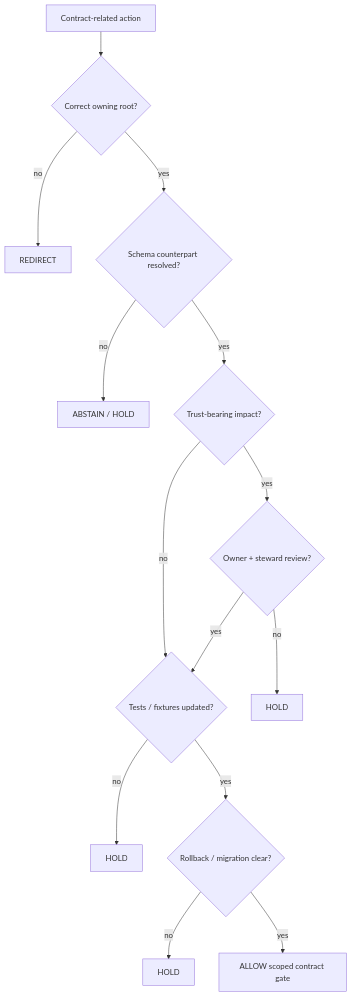
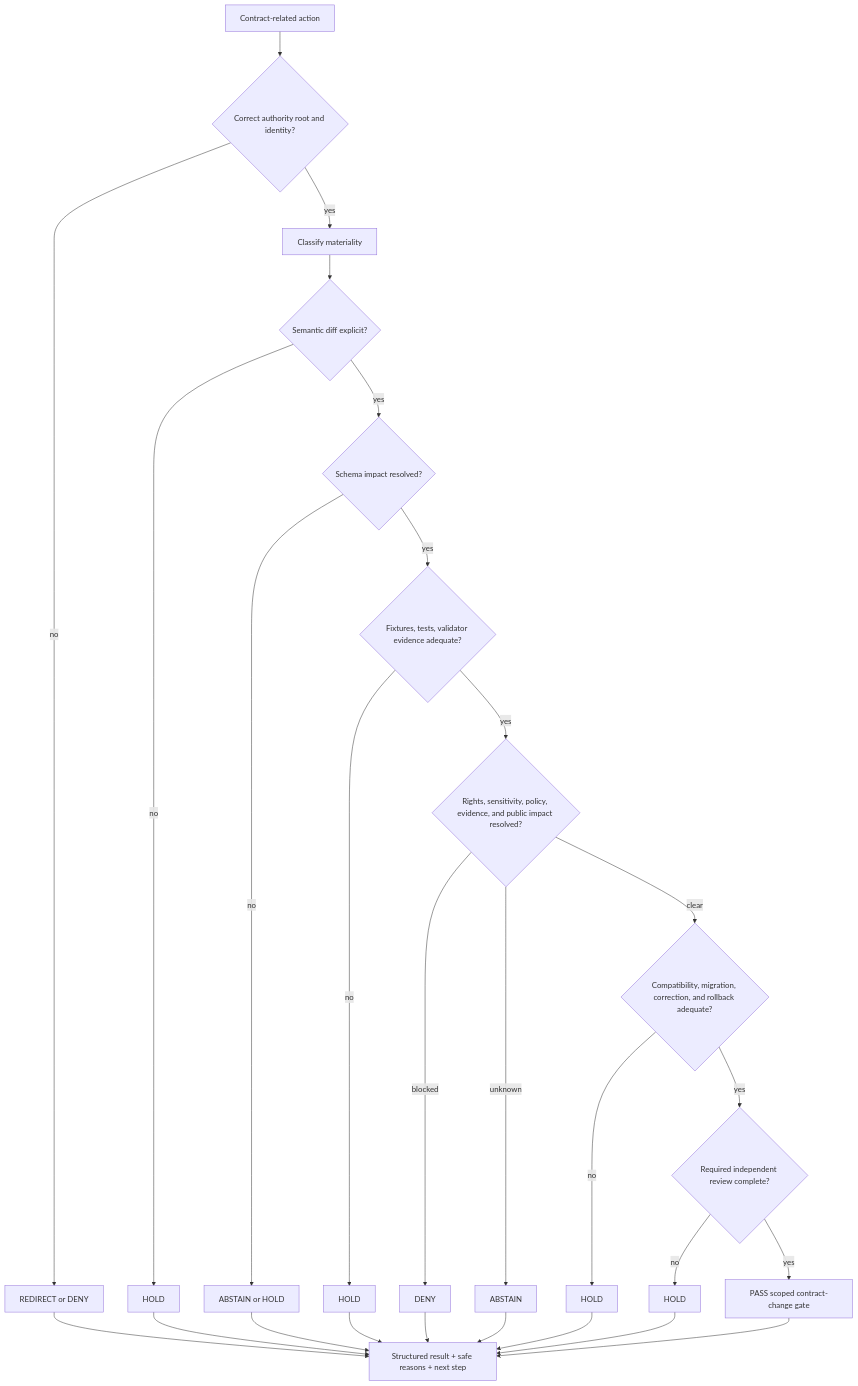
Before and after one commit to bartytime4life/Kansas-Frontier-Matrix: the diagram in policy/contract/README.md, drawn with Mermaid. The commit also changed other lines of this file, not shown here.

Commit message:
docs(policy): ground contract policy README

````diff
--- a/policy/contract/README.md
+++ b/policy/contract/README.md
@@ -198,16 +300,30 @@
 ```mermaid
 flowchart TD
-    change["Contract-related action"] --> home{"Correct owning root?"}
-    home -->|no| redirect["REDIRECT"]
-    home -->|yes| schema{"Schema counterpart resolved?"}
-    schema -->|no| hold1["ABSTAIN / HOLD"]
-    schema -->|yes| impact{"Trust-bearing impact?"}
-    impact -->|yes| review{"Owner + steward review?"}
-    impact -->|no| tests{"Tests / fixtures updated?"}
-    review -->|no| hold2["HOLD"]
-    review -->|yes| tests
-    tests -->|no| hold3["HOLD"]
-    tests -->|yes| rollback{"Rollback / migration clear?"}
-    rollback -->|no| hold4["HOLD"]
-    rollback -->|yes| allow["ALLOW scoped contract gate"]
+    request["Contract-related action"] --> placement{"Correct authority root and identity?"}
+    placement -->|no| redirect["REDIRECT or DENY"]
+    placement -->|yes| classify["Classify materiality"]
+    classify --> semantic{"Semantic diff explicit?"}
+    semantic -->|no| hold1["HOLD"]
+    semantic -->|yes| schema{"Schema impact resolved?"}
+    schema -->|no| abstain1["ABSTAIN or HOLD"]
+    schema -->|yes| proof{"Fixtures, tests, validator evidence adequate?"}
+    proof -->|no| hold2["HOLD"]
+    proof -->|yes| policy{"Rights, sensitivity, policy, evidence, and public impact resolved?"}
+    policy -->|blocked| deny["DENY"]
+    policy -->|unknown| abstain2["ABSTAIN"]
+    policy -->|clear| migration{"Compatibility, migration, correction, and rollback adequate?"}
+    migration -->|no| hold3["HOLD"]
+    migration -->|yes| review{"Required independent review complete?"}
+    review -->|no| hold4["HOLD"]
+    review -->|yes| pass["PASS scoped contract-change gate"]
+
+    redirect --> report["Structured result + safe reasons + next step"]
+    hold1 --> report
+    abstain1 --> report
+    hold2 --> report
+    deny --> report
+    abstain2 --> report
+    hold3 --> report
+    hold4 --> report
+    pass --> report
 ```
````
